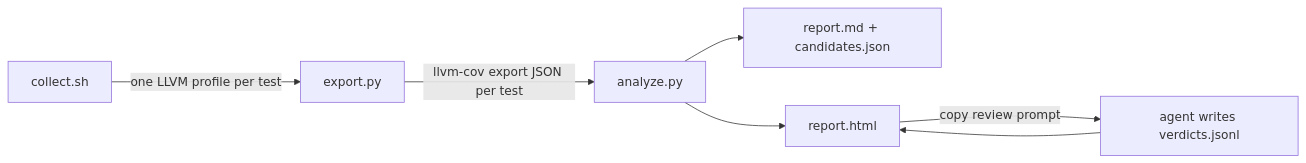
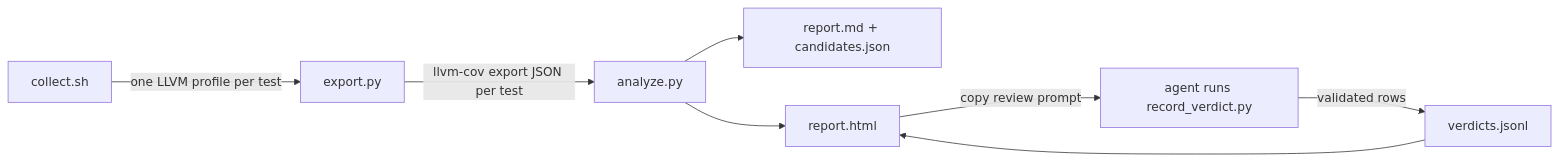
One commit to roberts-pumpurs/dead-weight-tests changed the diagram in README.md. Above: the diagram before and after it, drawn with Mermaid. The commit also changed other lines of this file and 10 other files, not shown here.

First line of the commit message:
feat: clean up instrumented builds and validate review verdicts (#3)

````diff
--- a/README.md
+++ b/README.md
@@ -22,9 +22,10 @@
 ```mermaid
 flowchart LR
   A[collect.sh] -->|one LLVM profile per test| B[export.py]
   B -->|llvm-cov export JSON per test| C[analyze.py]
   C --> D[report.md + candidates.json]
   C --> E[report.html]
-  E -->|copy review prompt| F[agent writes verdicts.jsonl]
-  F --> E
+  E -->|copy review prompt| F[agent runs record_verdict.py]
+  F -->|validated rows| G[verdicts.jsonl]
+  G --> E
 ```
````
